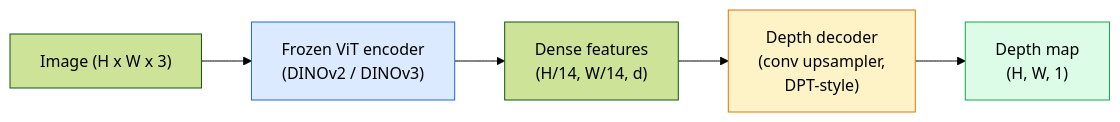
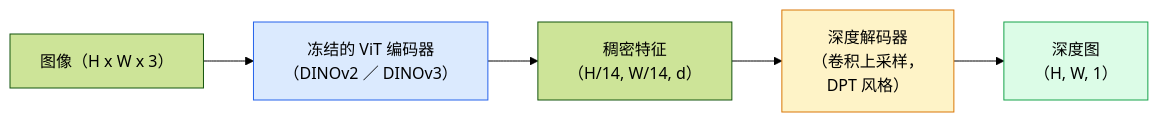
The diagram in phases/04-computer-vision/26-monocular-depth/docs/zh.md (JerryC8080/ai-engineering-from-scratch-zh), drawn with Mermaid (forest theme) before and after one commit. The commit also changed 156 other files, not shown here.

First line of the commit message:
i18n(zh): translate mermaid diagram labels in 157 lesson zh.md

````diff
--- a/phases/04-computer-vision/26-monocular-depth/docs/zh.md
+++ b/phases/04-computer-vision/26-monocular-depth/docs/zh.md
@@ -38,11 +38,11 @@
 ```mermaid
 flowchart LR
-    IMG["Image (H x W x 3)"] --> ENC["Frozen ViT encoder<br/>(DINOv2 / DINOv3)"]
-    ENC --> FEATS["Dense features<br/>(H/14, W/14, d)"]
-    FEATS --> DEC["Depth decoder<br/>(conv upsampler,<br/>DPT-style)"]
-    DEC --> DEPTH["Depth map<br/>(H, W, 1)"]
+    IMG["图像（H x W x 3）"] --> ENC["冻结的 ViT 编码器<br/>（DINOv2 ／ DINOv3）"]
+    ENC --> FEATS["稠密特征<br/>（H/14, W/14, d）"]
+    FEATS --> DEC["深度解码器<br/>（卷积上采样，<br/>DPT 风格）"]
+    DEC --> DEPTH["深度图<br/>（H, W, 1）"]
 
     style ENC fill:#dbeafe,stroke:#2563eb
     style DEC fill:#fef3c7,stroke:#d97706
     style DEPTH fill:#dcfce7,stroke:#16a34a
 ```
````
